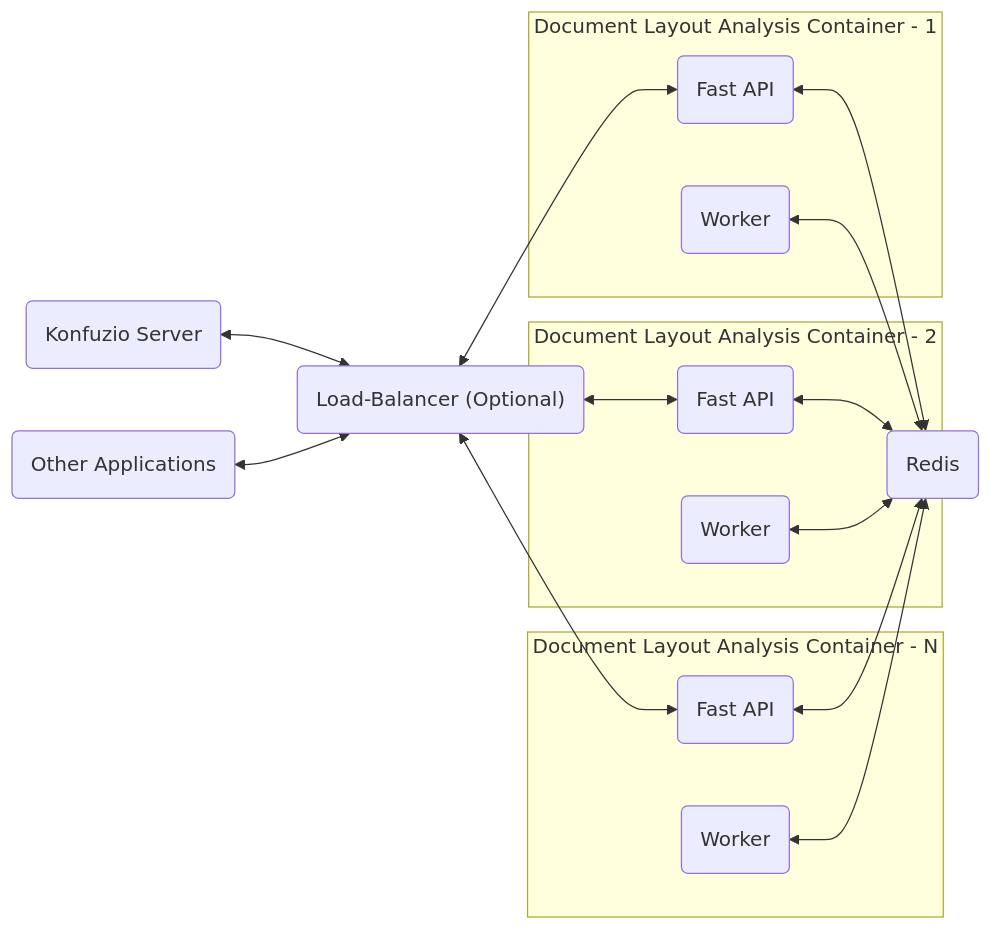
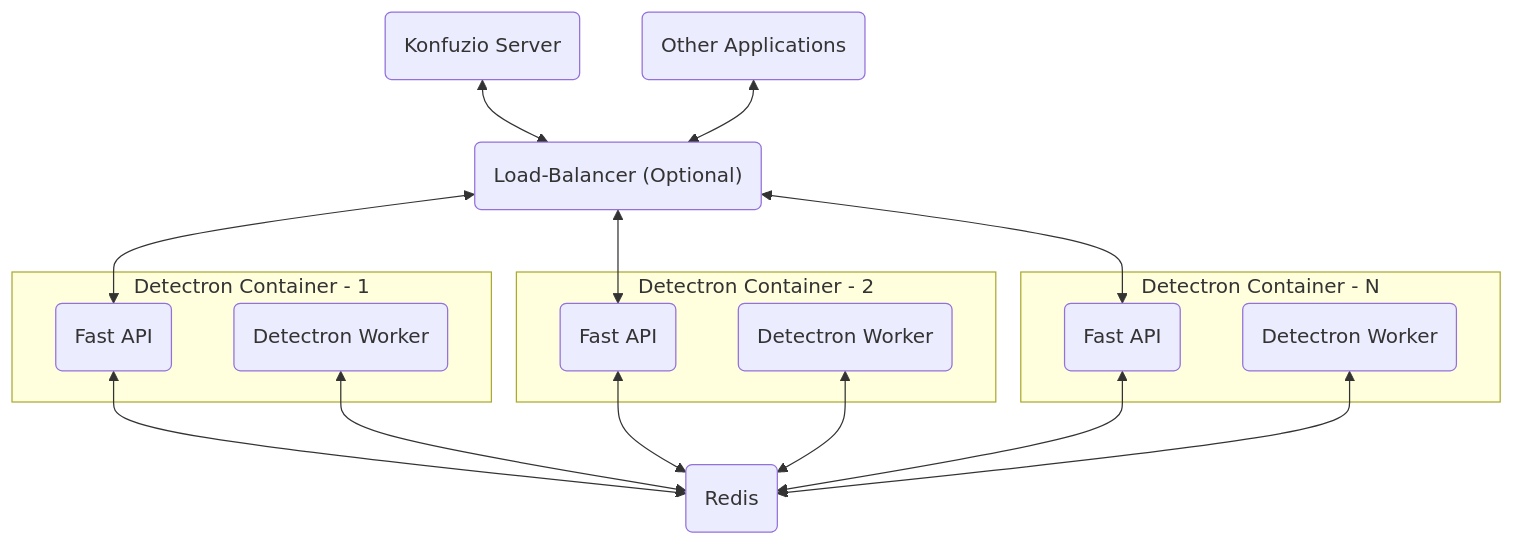
The second of 2 diagrams in docs/web/on_premises.md (konfuzio-ai/konfuzio-sdk), drawn with Mermaid before and after one commit.

````diff
--- a/docs/web/on_premises.md
+++ b/docs/web/on_premises.md
@@ -543,26 +543,26 @@
 ```mermaid
-graph RL
-a <--> l("Konfuzio Server")
-a <--> m("Other Applications")
-b <--> a("Load-Balancer (Optional)")
-d <--> a
-f <--> a
-t("Redis") <--> b
-t("Redis") <--> c
-t("Redis") <--> d
-t("Redis") <--> e
-t("Redis") <--> f
-t("Redis") <--> g
-subgraph all1["Document Layout Analysis Container - 1"]
+graph 
+l("Konfuzio Server") <--> a
+m("Other Applications") <--> a
+a("Load-Balancer (Optional)") <--> b
+a <--> d
+a <--> f
+b <--> t("Redis")
+c <--> t("Redis")
+d("Redis") <--> t("Redis")
+e("Redis") <--> t("Redis")
+f("Redis") <--> t("Redis")
+g("Redis") <--> t("Redis")
+subgraph all1["Detectron Container - 1"]
 b("Fast API")
-c("Worker") 
+c("Detectron Worker") 
 end
-subgraph all2["Document Layout Analysis Container - 2"]
+subgraph all2["Detectron Container - 2"]
 d("Fast API")
-e("Worker") 
+e("Detectron Worker") 
 end
-subgraph all3["Document Layout Analysis Container - N"]
+subgraph all3["Detectron Container - N"]
 f("Fast API")
-g("Worker") 
+g("Detectron Worker") 
 end
 ```
````
